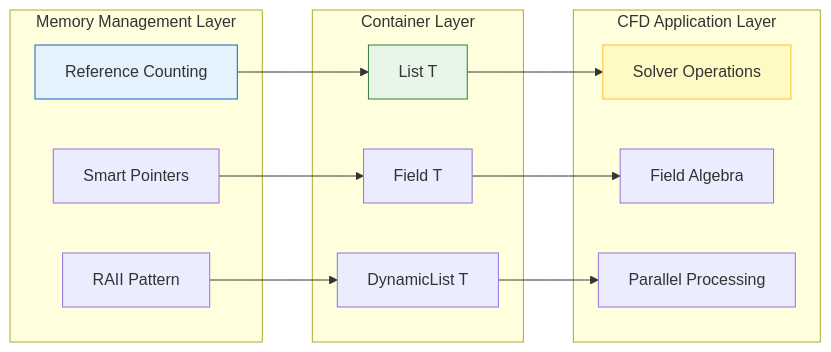
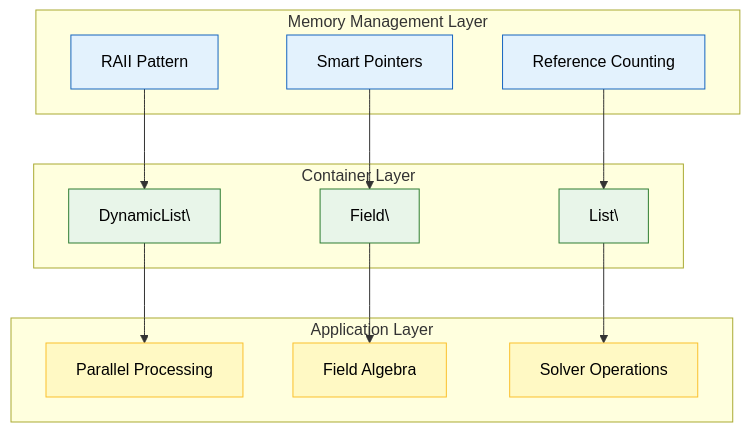
One commit to wramet/build-my-cfd changed the first of 4 diagrams in MODULE_05_OPENFOAM_PROGRAMMING/CONTENT/03_CONTAINERS_MEMORY/01_Introduction.md. Above: the diagram before and after it, drawn with Mermaid. The commit also changed other lines of this file and 313 other files, not shown here.

Commit message:
Revise all diagram

````diff
--- a/MODULE_05_OPENFOAM_PROGRAMMING/CONTENT/03_CONTAINERS_MEMORY/01_Introduction.md
+++ b/MODULE_05_OPENFOAM_PROGRAMMING/CONTENT/03_CONTAINERS_MEMORY/01_Introduction.md
@@ -38,31 +38,27 @@
 ```mermaid
-graph LR
-    subgraph "Memory Management Layer"
-        A[Reference Counting]
-        B[Smart Pointers]
-        C[RAII Pattern]
-    end
-
-    subgraph "Container Layer"
-        D[List T]
-        E[Field T]
-        F[DynamicList T]
-    end
-
-    subgraph "CFD Application Layer"
-        G[Solver Operations]
-        H[Field Algebra]
-        I[Parallel Processing]
-    end
-
-    A --> D
-    B --> E
-    C --> F
-    D --> G
-    E --> H
-    F --> I
-
-    style A fill:#e3f2fd,stroke:#1565c0
-    style D fill:#e8f5e9,stroke:#2e7d32
-    style G fill:#fff9c4,stroke:#fbc02d
+flowchart TD
+classDef memory fill:#e3f2fd,stroke:#1565c0,color:#000
+classDef container fill:#e8f5e9,stroke:#2e7d32,color:#000
+classDef app fill:#fff9c4,stroke:#fbc02d,color:#000
+subgraph L3 ["Application Layer"]
+    I["Parallel Processing"]:::app
+    H["Field Algebra"]:::app
+    G["Solver Operations"]:::app
+end
+subgraph L2 ["Container Layer"]
+    F["DynamicList\<T\>"]:::container
+    E["Field\<T\>"]:::container
+    D["List\<T\>"]:::container
+end
+subgraph L1 ["Memory Management Layer"]
+    C["RAII Pattern"]:::memory
+    B["Smart Pointers"]:::memory
+    A["Reference Counting"]:::memory
+end
+A --> D
+D --> G
+B --> E
+E --> H
+C --> F
+F --> I
 ```
````
